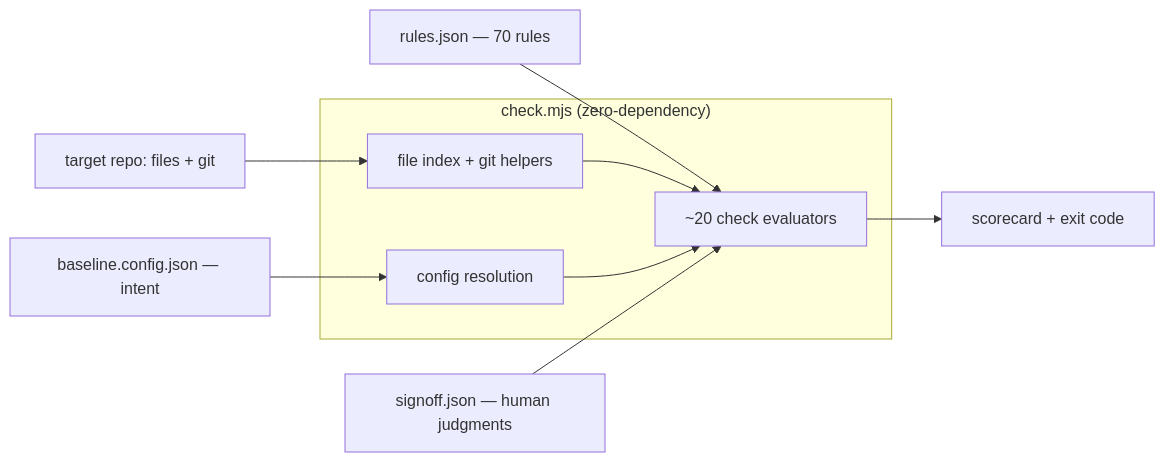
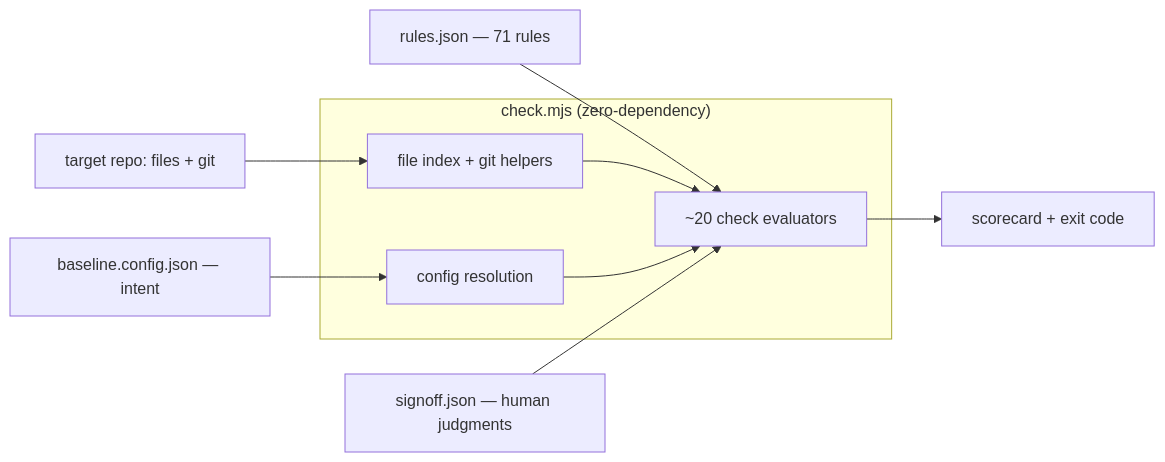
One commit to AdarGit008/baseline-skill changed the first of 3 diagrams in REFERENCE.md. Above: the diagram before and after it, drawn with Mermaid. The commit also changed other lines of this file and 7 other files, not shown here.

````diff
--- a/REFERENCE.md
+++ b/REFERENCE.md
@@ -58,12 +58,12 @@
 ```mermaid
 flowchart LR
   CFG["baseline.config.json — intent"] --> RES
-  RULES["rules.json — 70 rules"] --> EVAL
+  RULES["rules.json — 71 rules"] --> EVAL
   REPO["target repo: files + git"] --> IDX
   subgraph ENGINE["check.mjs (zero-dependency)"]
     IDX["file index + git helpers"] --> EVAL["~20 check evaluators"]
     RES["config resolution"] --> EVAL
   end
   SO["signoff.json — human judgments"] --> EVAL
   EVAL --> OUT["scorecard + exit code"]
 ```
````
